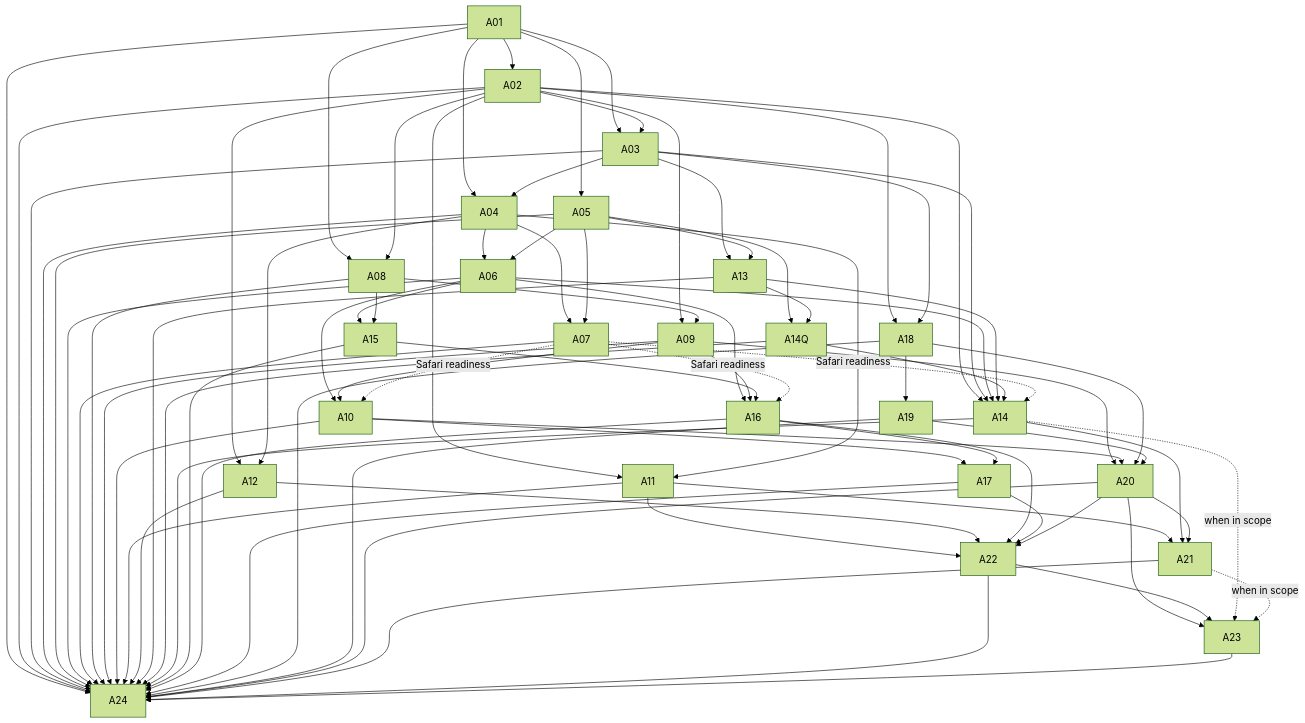
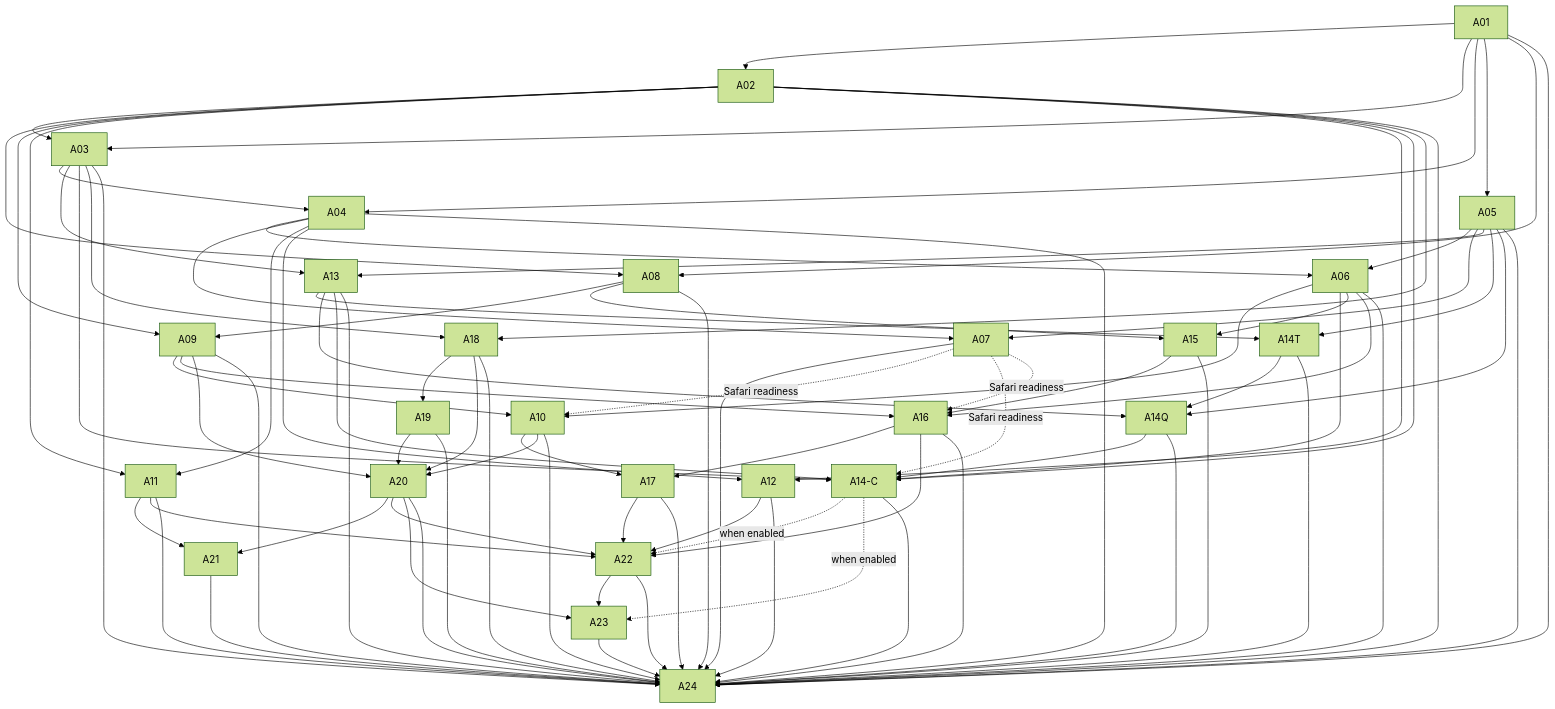
The diagram in docs/BROWSER_ASSISTANT_IMPLEMENTATION_PLAN.md (adjad/wisp), drawn with Mermaid (forest theme) before and after one commit. The commit also changed other lines of this file, not shown here.

````diff
--- a/docs/BROWSER_ASSISTANT_IMPLEMENTATION_PLAN.md
+++ b/docs/BROWSER_ASSISTANT_IMPLEMENTATION_PLAN.md
@@ -379,63 +585,65 @@
 ```mermaid
 graph TD
     A01 --> A02
     A01 --> A03
     A02 --> A03
     A01 --> A04
     A03 --> A04
     A01 --> A05
     A04 --> A06
     A05 --> A06
     A04 --> A07
     A05 --> A07
     A01 --> A08
     A02 --> A08
     A02 --> A09
     A08 --> A09
     A06 --> A10
     A09 --> A10
     A02 --> A11
     A04 --> A11
     A02 --> A12
     A04 --> A12
     A03 --> A13
     A05 --> A13
+    A05 --> A14T
+    A13 --> A14T
     A05 --> A14Q
     A13 --> A14Q
-    A02 --> A14
-    A03 --> A14
-    A06 --> A14
-    A13 --> A14
-    A14Q --> A14
+    A14T --> A14Q
+    A02 --> A14C[A14-C]
+    A03 --> A14C
+    A06 --> A14C
+    A13 --> A14C
+    A14Q --> A14C
     A06 --> A15
     A08 --> A15
     A06 --> A16
     A09 --> A16
     A15 --> A16
     A10 --> A17
     A16 --> A17
     A02 --> A18
     A03 --> A18
     A18 --> A19
     A09 --> A20
     A10 --> A20
     A18 --> A20
     A19 --> A20
     A11 --> A21
-    A14 --> A21
     A20 --> A21
     A11 --> A22
     A12 --> A22
     A16 --> A22
     A17 --> A22
     A20 --> A22
+    A14C -. when enabled .-> A22
     A20 --> A23
     A22 --> A23
-    A14 -. when in scope .-> A23
-    A21 -. when in scope .-> A23
+    A14C -. when enabled .-> A23
     A01 & A02 & A03 & A04 & A05 & A06 & A07 & A08 & A09 & A10 & A11 & A12 --> A24
-    A13 & A14Q & A14 & A15 & A16 & A17 & A18 & A19 & A20 & A21 & A22 & A23 --> A24
+    A13 & A14T & A14Q & A14C & A15 & A16 & A17 & A18 & A19 & A20 & A21 & A22 & A23 --> A24
     A07 -. Safari readiness .-> A10
-    A07 -. Safari readiness .-> A14
+    A07 -. Safari readiness .-> A14C
     A07 -. Safari readiness .-> A16
 ```
````
